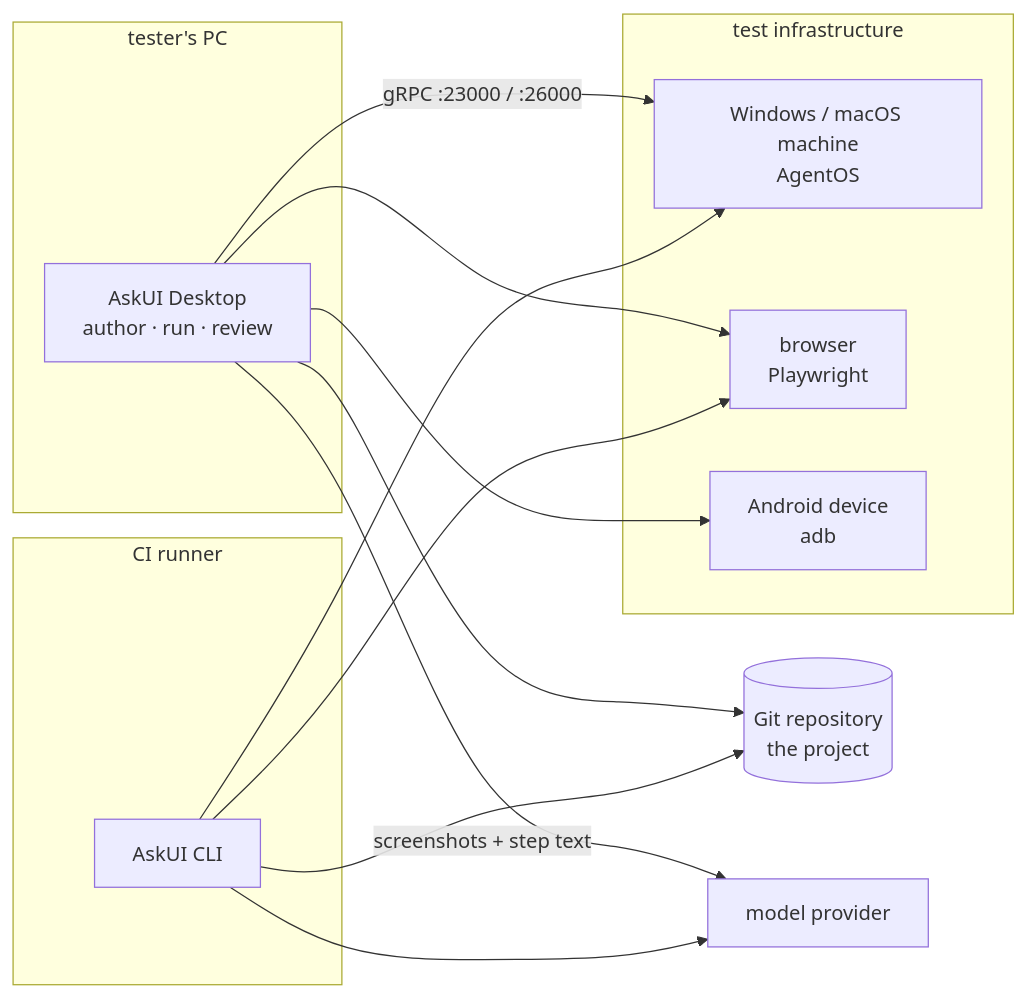
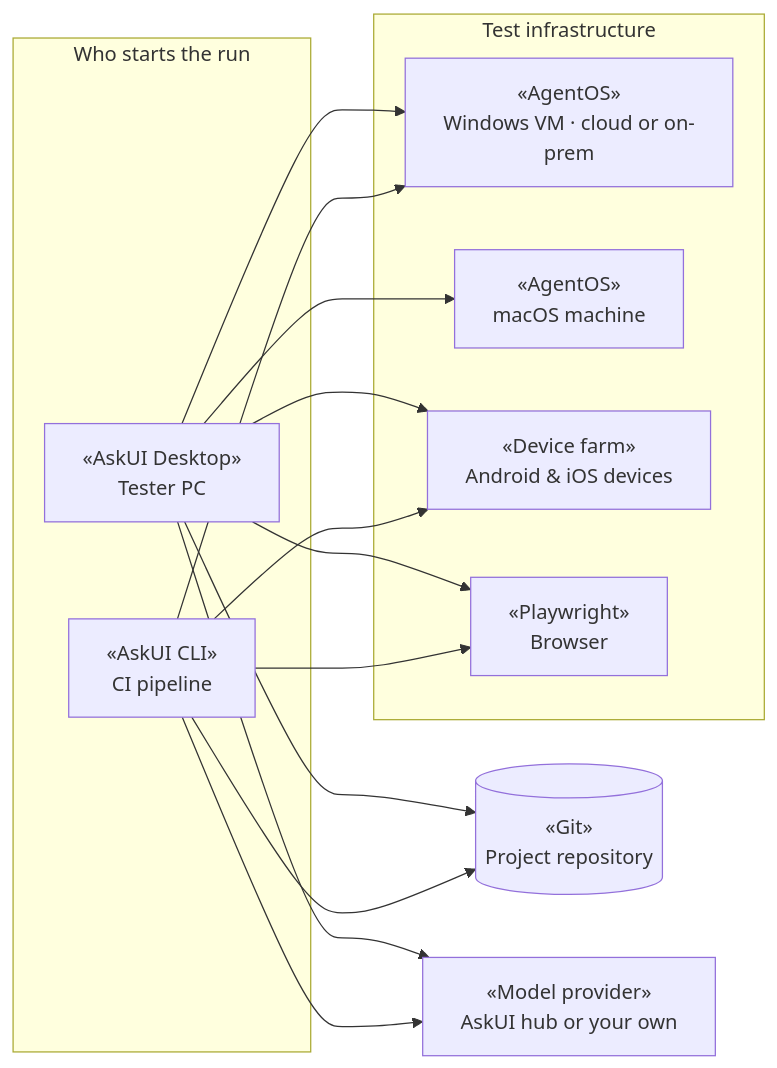
Before and after one commit to askui/docs-rewrite: the second of 2 diagrams in content/docs/concepts/enterprise-fit.mdx, drawn with Mermaid. The commit also changed other lines of this file and 82 other files, not shown here.

First line of the commit message:
docs: drop em dashes from prose; rework enterprise diagrams; square connectors

````diff
--- a/content/docs/concepts/enterprise-fit.mdx
+++ b/content/docs/concepts/enterprise-fit.mdx
@@ -40,24 +40,26 @@
 ```mermaid
 flowchart LR
-  subgraph local["tester's PC"]
-    D["AskUI Desktop<br/>author · run · review"]
+  subgraph starts["Who starts the run"]
+    D["«AskUI Desktop»<br/>Tester PC"]
+    C["«AskUI CLI»<br/>CI pipeline"]
   end
-  subgraph infra["test infrastructure"]
-    A1["Windows / macOS machine<br/>AgentOS"]
-    B["browser<br/>Playwright"]
-    P["Android device<br/>adb"]
+  subgraph infra["Test infrastructure"]
+    V["«AgentOS»<br/>Windows VM · cloud or on-prem"]
+    MC["«AgentOS»<br/>macOS machine"]
+    FARM["«Device farm»<br/>Android &amp; iOS devices"]
+    BR["«Playwright»<br/>Browser"]
   end
-  subgraph ci["CI runner"]
-    C["AskUI CLI"]
-  end
-  R[("Git repository<br/>the project")]
+  R[("«Git»<br/>Project repository")]
+  M["«Model provider»<br/>AskUI hub or your own"]
   D --> R
   C --> R
-  D -->|"gRPC :23000 / :26000"| A1
-  D --> B
-  D --> P
-  C --> A1
-  C --> B
-  D -->|"screenshots + step text"| M["model provider"]
+  D --> V
+  D --> MC
+  D --> FARM
+  D --> BR
+  C --> V
+  C --> FARM
+  C --> BR
+  D --> M
   C --> M
 ```
````
